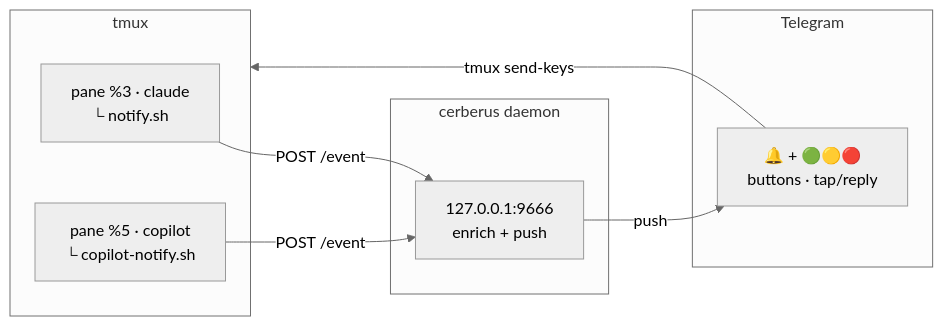
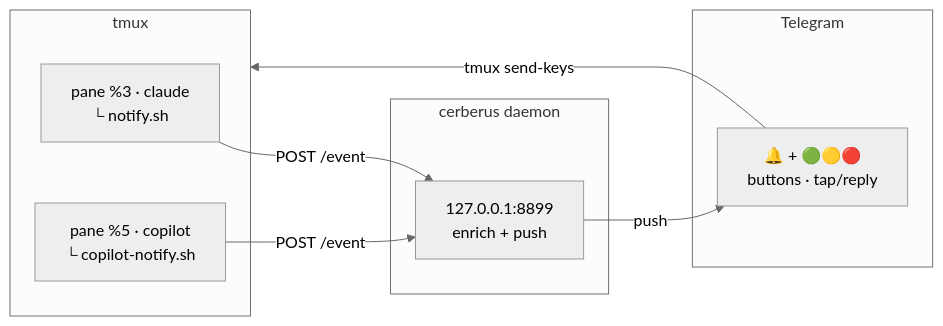
The diagram in README.md (leodudedev/Cerberus), drawn with Mermaid (neutral theme) before and after one commit. The commit also changed other lines of this file and 7 other files, not shown here.

````diff
--- a/README.md
+++ b/README.md
@@ -14,18 +14,18 @@
 ```mermaid
 flowchart LR
     subgraph tmux
         A["pane %3 · claude<br/>└ notify.sh"]
         B["pane %5 · copilot<br/>└ copilot-notify.sh"]
     end
     subgraph daemon["cerberus daemon"]
-        D["127.0.0.1:9666<br/>enrich + push"]
+        D["127.0.0.1:8899<br/>enrich + push"]
     end
     subgraph tg["Telegram"]
         T["🔔 + 🟢🟡🔴<br/>buttons · tap/reply"]
     end
 
     A -- "POST /event" --> D
     B -- "POST /event" --> D
     D -- push --> T
     T -- "tmux send-keys" --> tmux
 ```
````
